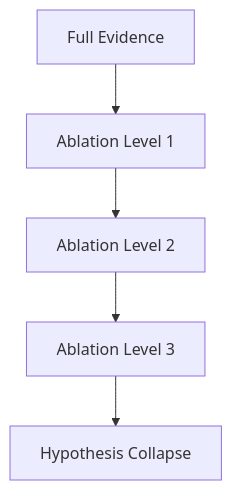
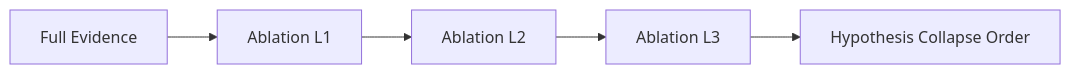
Before and after one commit to spacebeige/sentinel_e: the sixth of 9 diagrams in README.md, drawn with Mermaid. The commit also changed other lines of this file, not shown here.

````diff
--- a/README.md
+++ b/README.md
@@ -213,9 +154,9 @@
 ```mermaid
-flowchart TB
-  E0[Full Evidence]
-  E1[Ablation Level 1]
-  E2[Ablation Level 2]
-  E3[Ablation Level 3]
+flowchart LR
+    E0[Full Evidence]
+    E1[Ablation L1]
+    E2[Ablation L2]
+    E3[Ablation L3]
 
-  E0 --> E1 --> E2 --> E3 --> C[Hypothesis Collapse]
+    E0 --> E1 --> E2 --> E3 --> Collapse[Hypothesis Collapse Order]
 ```
````
